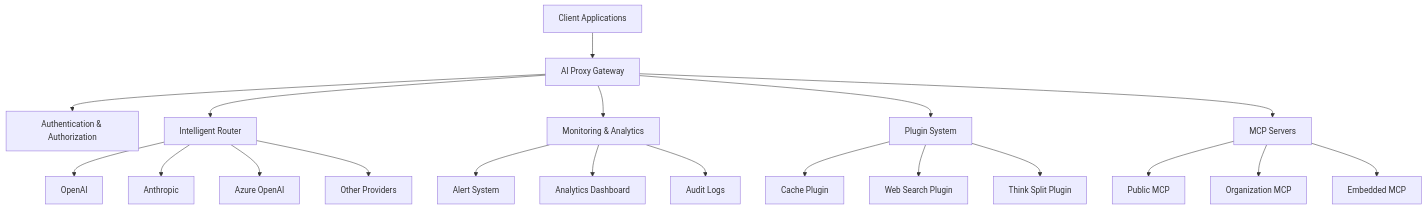
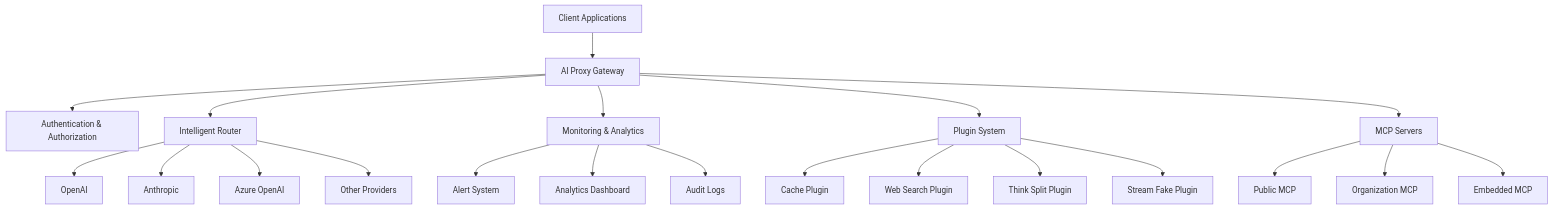
Before and after one commit to zijiren233/aiproxy: the diagram in README.md, drawn with Mermaid. The commit also changed other lines of this file and 1 other file, not shown here.

Commit message:
feat: add stream fake readme

````diff
--- a/README.md
+++ b/README.md
@@ -71,26 +73,27 @@
 ```mermaid
 graph TB
     Client[Client Applications] --> Gateway[AI Proxy Gateway]
     Gateway --> Auth[Authentication & Authorization]
     Gateway --> Router[Intelligent Router]
     Gateway --> Monitor[Monitoring & Analytics]
     Gateway --> Plugins[Plugin System]
     
     Plugins --> CachePlugin[Cache Plugin]
     Plugins --> SearchPlugin[Web Search Plugin]
     Plugins --> ThinkSplitPlugin[Think Split Plugin]
+    Plugins --> StreamFakePlugin[Stream Fake Plugin]
 
     Router --> Provider1[OpenAI]
     Router --> Provider2[Anthropic]
     Router --> Provider3[Azure OpenAI]
     Router --> ProviderN[Other Providers]
     
     Gateway --> MCP[MCP Servers]
     MCP --> PublicMCP[Public MCP]
     MCP --> GroupMCP[Organization MCP]
     MCP --> EmbedMCP[Embedded MCP]
     
     Monitor --> Alerts[Alert System]
     Monitor --> Analytics[Analytics Dashboard]
     Monitor --> Logs[Audit Logs]
 ```
````
